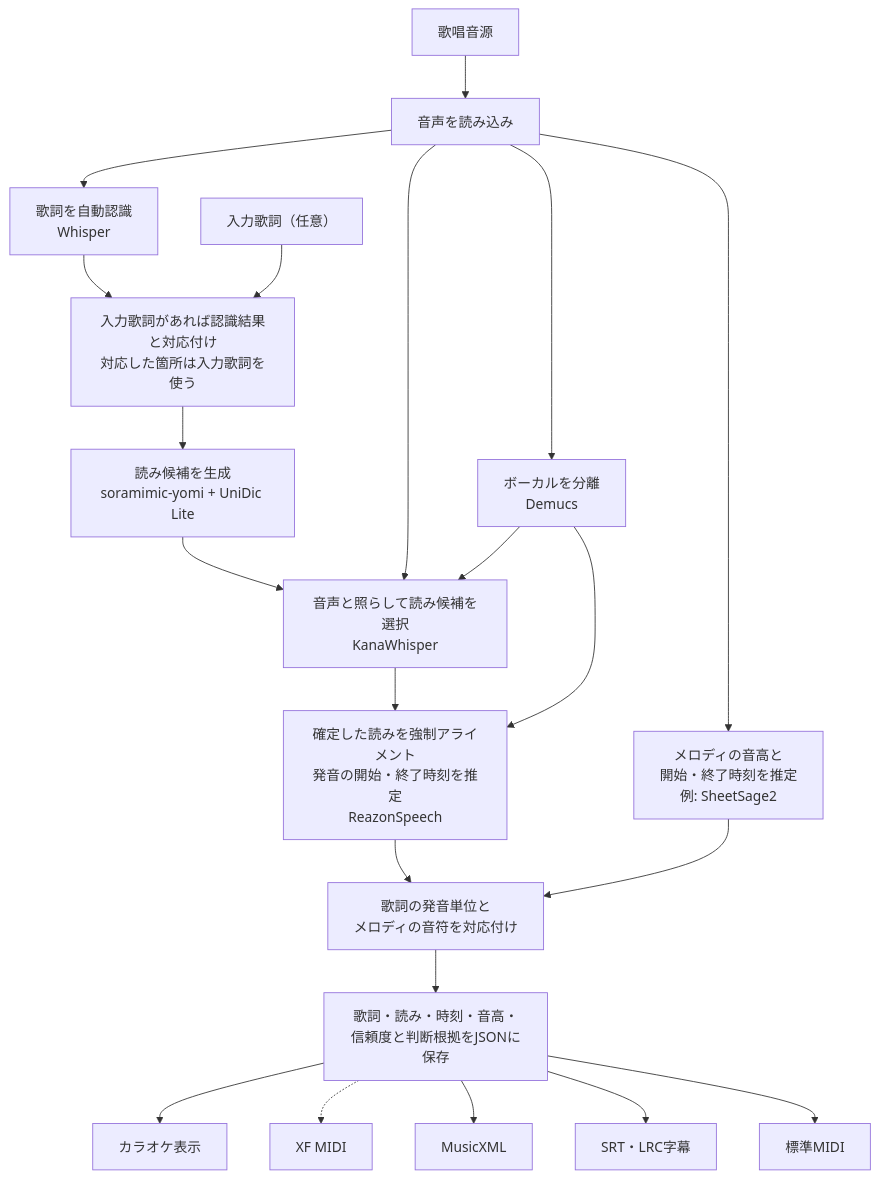
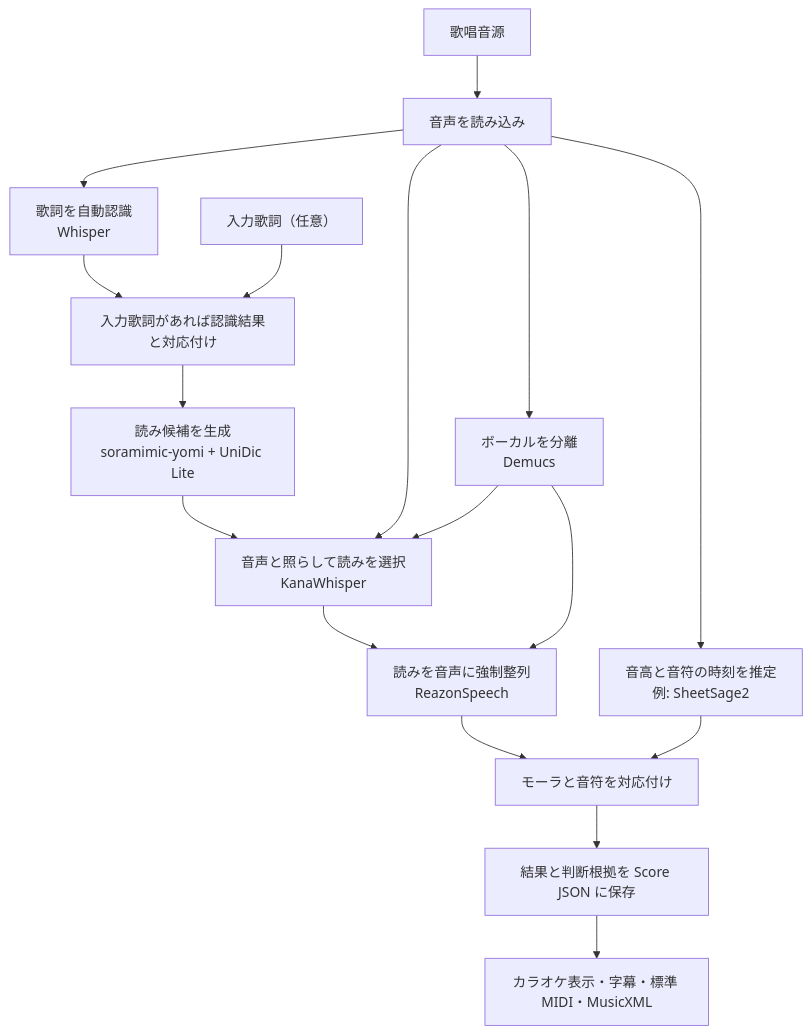
One commit to jiroshimaya/soramimic-score changed the diagram in README.md. Above: the diagram before and after it, drawn with Mermaid. The commit also changed other lines of this file, not shown here.

Commit message:
Clarify Score README for users and developers (#47)

````diff
--- a/README.md
+++ b/README.md
@@ -11,26 +14,22 @@
 ```mermaid
 flowchart TD
     A["歌唱音源"] --> B["音声を読み込み"]
     B --> V["ボーカルを分離<br/>Demucs"]
     B --> E["歌詞を自動認識<br/>Whisper"]
     F["読み候補を生成<br/>soramimic-yomi + UniDic Lite"]
-    E --> S["入力歌詞があれば認識結果と対応付け<br/>対応した箇所は入力歌詞を使う"]
+    E --> S["入力歌詞があれば認識結果と対応付け"]
     D["入力歌詞（任意）"] --> S
     S --> F
-    F --> R["音声と照らして読み候補を選択<br/>KanaWhisper"]
+    F --> R["音声と照らして読みを選択<br/>KanaWhisper"]
     B --> R
     V --> R
-    R --> G["確定した読みを強制アライメント<br/>発音の開始・終了時刻を推定<br/>ReazonSpeech"]
+    R --> G["読みを音声に強制整列<br/>ReazonSpeech"]
     V --> G
 
-    B --> H["メロディの音高と<br/>開始・終了時刻を推定<br/>例: SheetSage2"]
-    G --> I["歌詞の発音単位と<br/>メロディの音符を対応付け"]
+    B --> H["音高と音符の時刻を推定<br/>例: SheetSage2"]
+    G --> I["モーラと音符を対応付け"]
     H --> I
 
-    I --> J["歌詞・読み・時刻・音高・<br/>信頼度と判断根拠をJSONに保存"]
-    J --> K["カラオケ表示"]
-    J -.-> L["XF MIDI"]
-    J --> M["MusicXML"]
-    J --> N["SRT・LRC字幕"]
-    J --> O["標準MIDI"]
+    I --> J["結果と判断根拠を Score JSON に保存"]
+    J --> K["カラオケ表示・字幕・標準 MIDI・MusicXML"]
 ```
````
